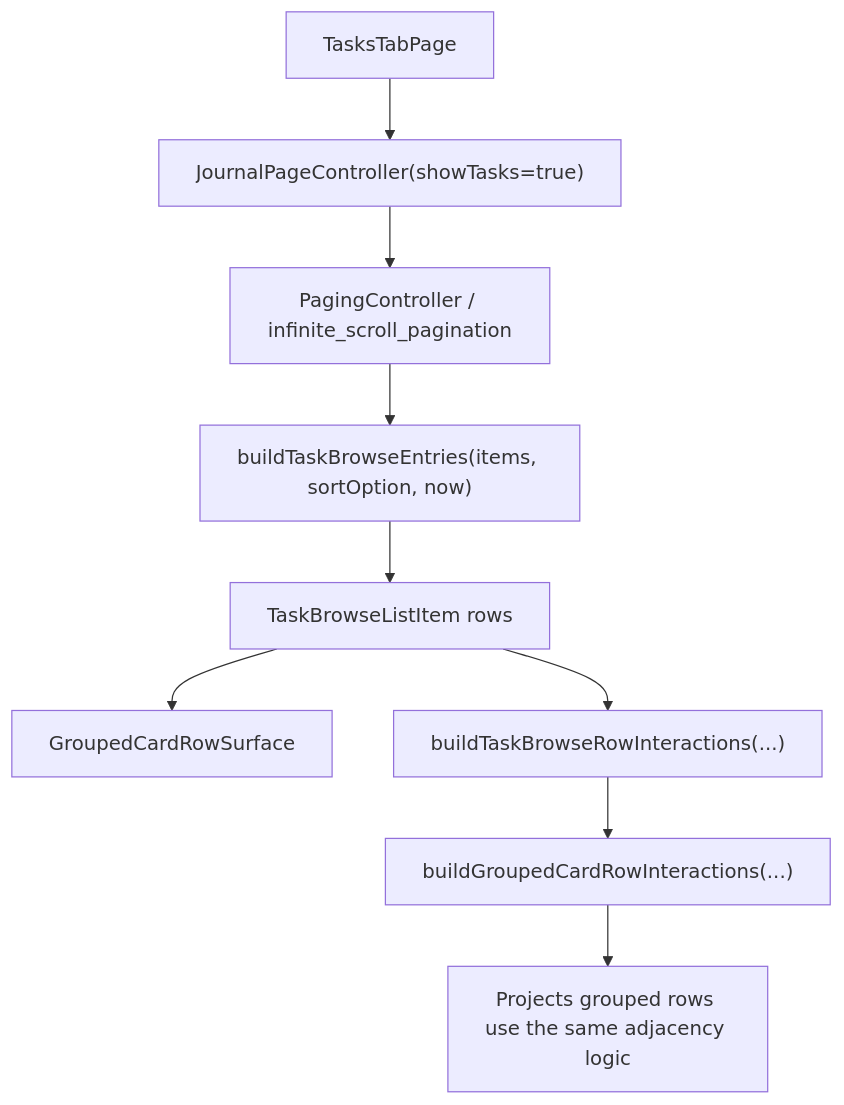
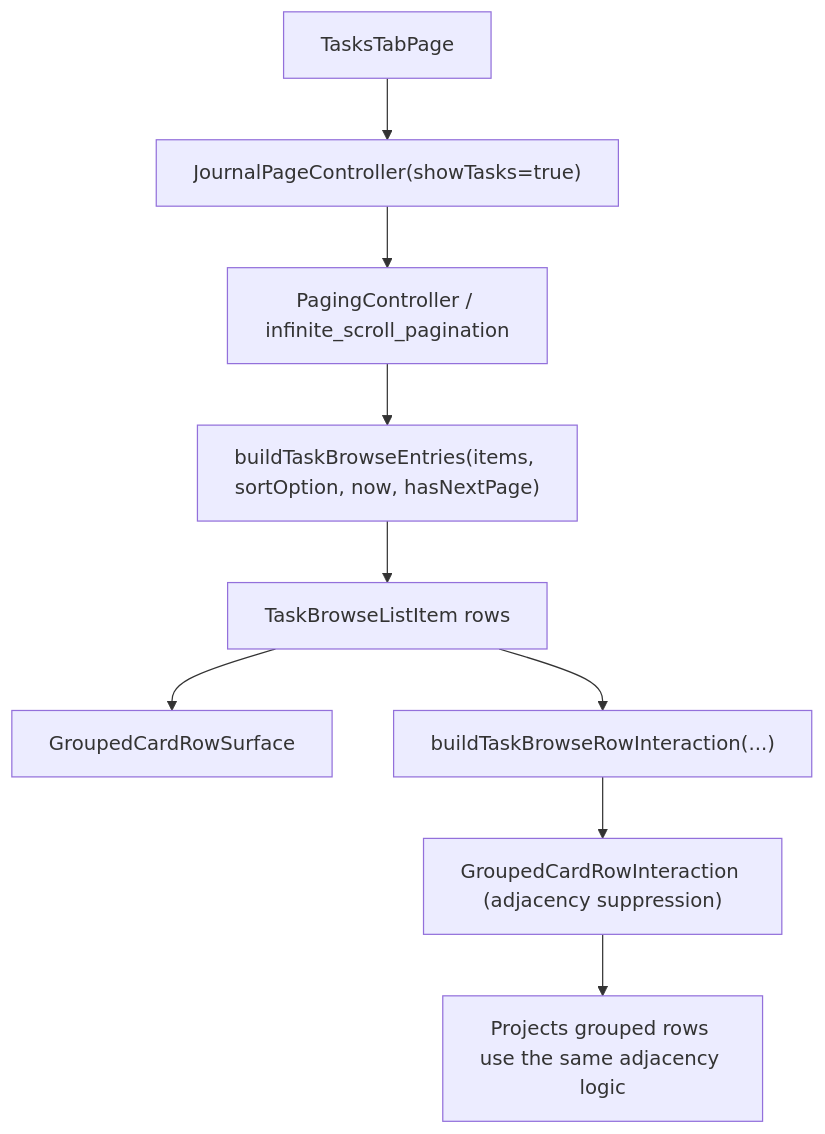
One commit to matthiasn/lotti changed the third of 13 diagrams in lib/features/tasks/README.md. Above: the diagram before and after it, drawn with Mermaid. The commit also changed other lines of this file and 43 other files, not shown here.

````diff
--- a/lib/features/tasks/README.md
+++ b/lib/features/tasks/README.md
@@ -122,11 +125,11 @@
 ```mermaid
 flowchart TD
   Page["TasksTabPage"] --> PageCtl["JournalPageController(showTasks=true)"]
   PageCtl --> Paging["PagingController / infinite_scroll_pagination"]
-  Paging --> Entries["buildTaskBrowseEntries(items, sortOption, now)"]
+  Paging --> Entries["buildTaskBrowseEntries(items, sortOption, now, hasNextPage)"]
   Entries --> Rows["TaskBrowseListItem rows"]
   Rows --> Surface["GroupedCardRowSurface"]
-  Rows --> RowInteractions["buildTaskBrowseRowInteractions(...)"]
-  RowInteractions --> SharedInteractions["buildGroupedCardRowInteractions(...)"]
-  SharedInteractions --> Projects["Projects grouped rows use the same adjacency logic"]
+  Rows --> RowInteractions["buildTaskBrowseRowInteraction(...)"]
+  RowInteractions --> Interaction["GroupedCardRowInteraction (adjacency suppression)"]
+  Interaction --> Projects["Projects grouped rows use the same adjacency logic"]
 ```
````
